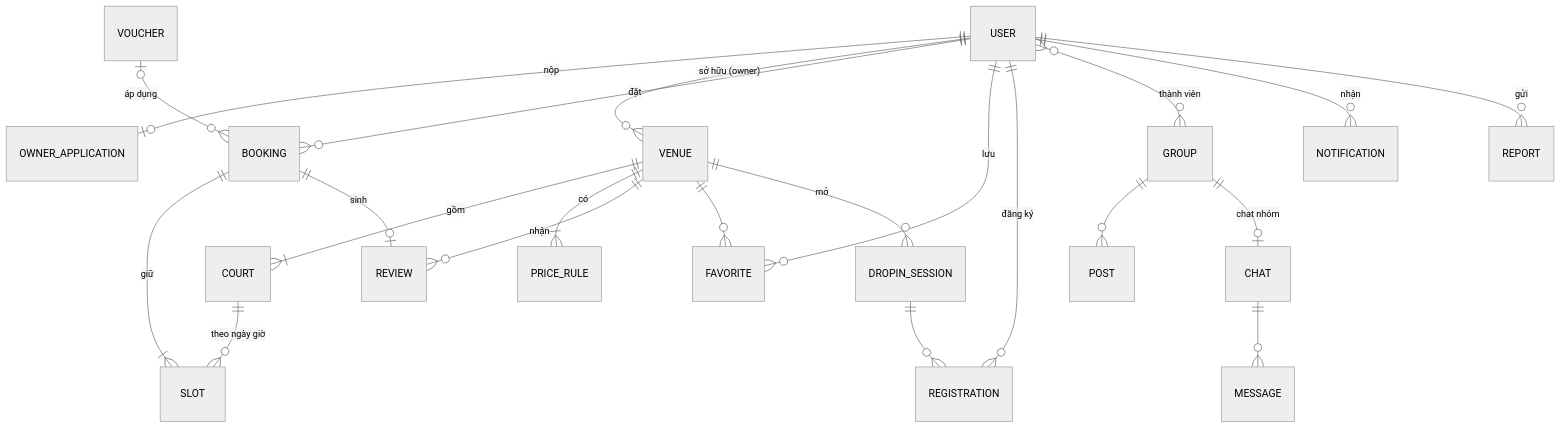
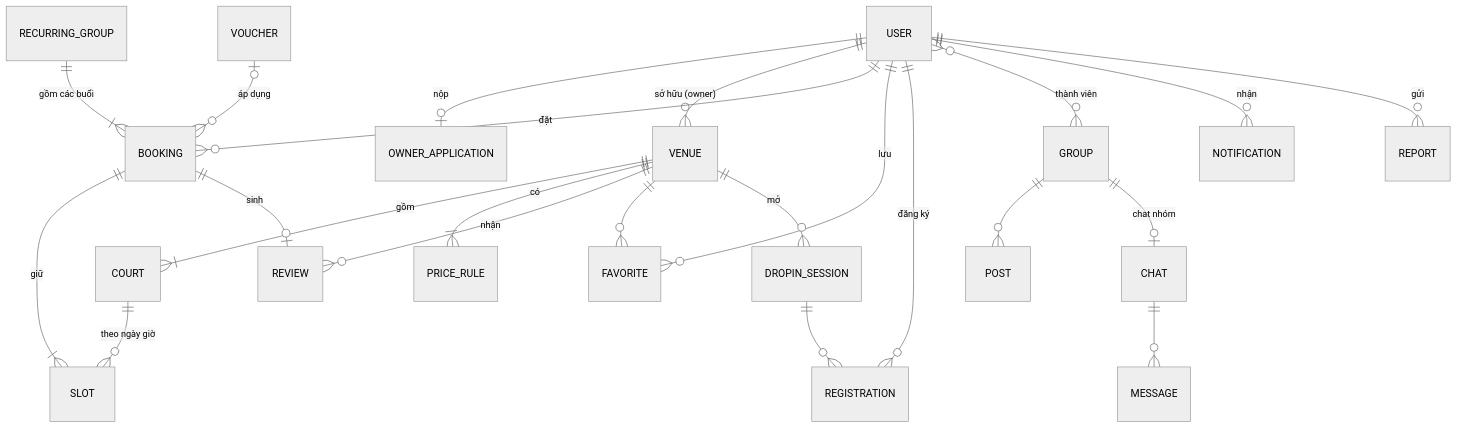
One commit to ThanhDu14/Mobile-Project-Booking changed the diagram in docs/design/database/README.md. Above: the diagram before and after it, drawn with Mermaid (neutral theme). The commit also changed other lines of this file and 17 other files, not shown here.

````diff
--- a/docs/design/database/README.md
+++ b/docs/design/database/README.md
@@ -56,24 +58,25 @@
 ```mermaid
 erDiagram
     USER ||--o| OWNER_APPLICATION : "nộp"
     USER ||--o{ VENUE : "sở hữu (owner)"
     VENUE ||--|{ COURT : "gồm"
     VENUE ||--|{ PRICE_RULE : "có"
     COURT ||--o{ SLOT : "theo ngày giờ"
     USER ||--o{ BOOKING : "đặt"
+    RECURRING_GROUP ||--|{ BOOKING : "gồm các buổi"
     BOOKING ||--|{ SLOT : "giữ"
     VOUCHER |o--o{ BOOKING : "áp dụng"
     BOOKING ||--o| REVIEW : "sinh"
     VENUE ||--o{ REVIEW : "nhận"
     USER ||--o{ FAVORITE : "lưu"
     VENUE ||--o{ FAVORITE : ""
     VENUE ||--o{ DROPIN_SESSION : "mở"
     DROPIN_SESSION ||--o{ REGISTRATION : ""
     USER ||--o{ REGISTRATION : "đăng ký"
     USER }o--o{ GROUP : "thành viên"
     GROUP ||--o{ POST : ""
     GROUP ||--o| CHAT : "chat nhóm"
     CHAT ||--o{ MESSAGE : ""
     USER ||--o{ NOTIFICATION : "nhận"
     USER ||--o{ REPORT : "gửi"
 ```
````
